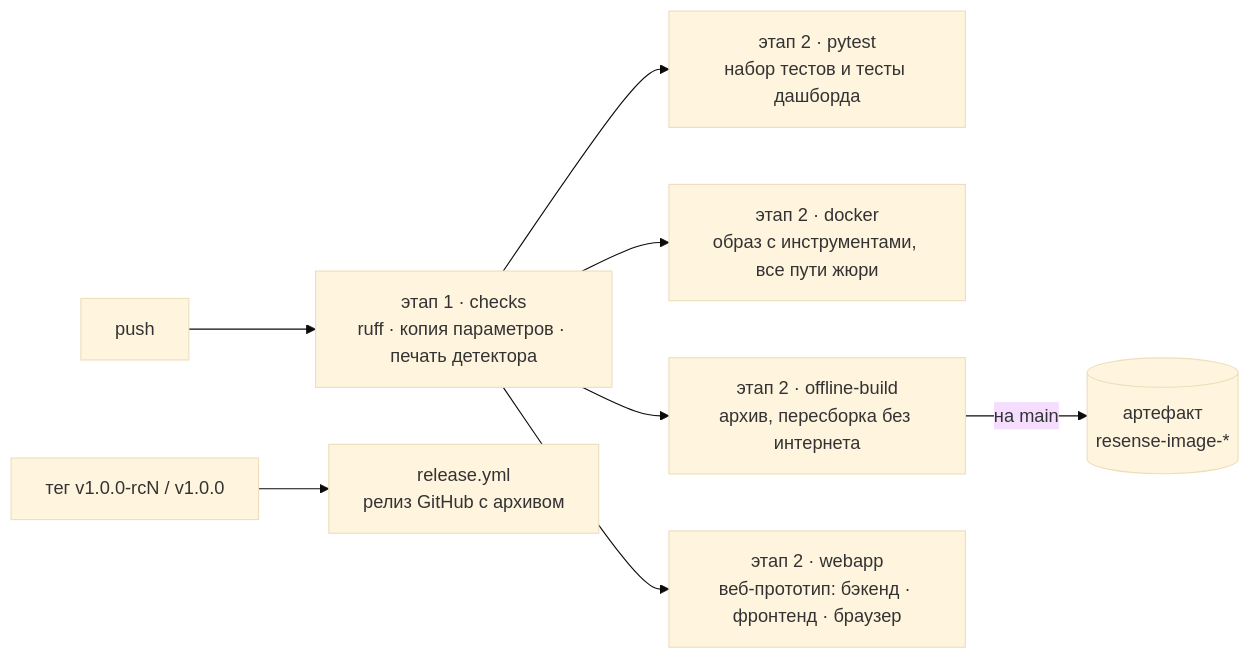
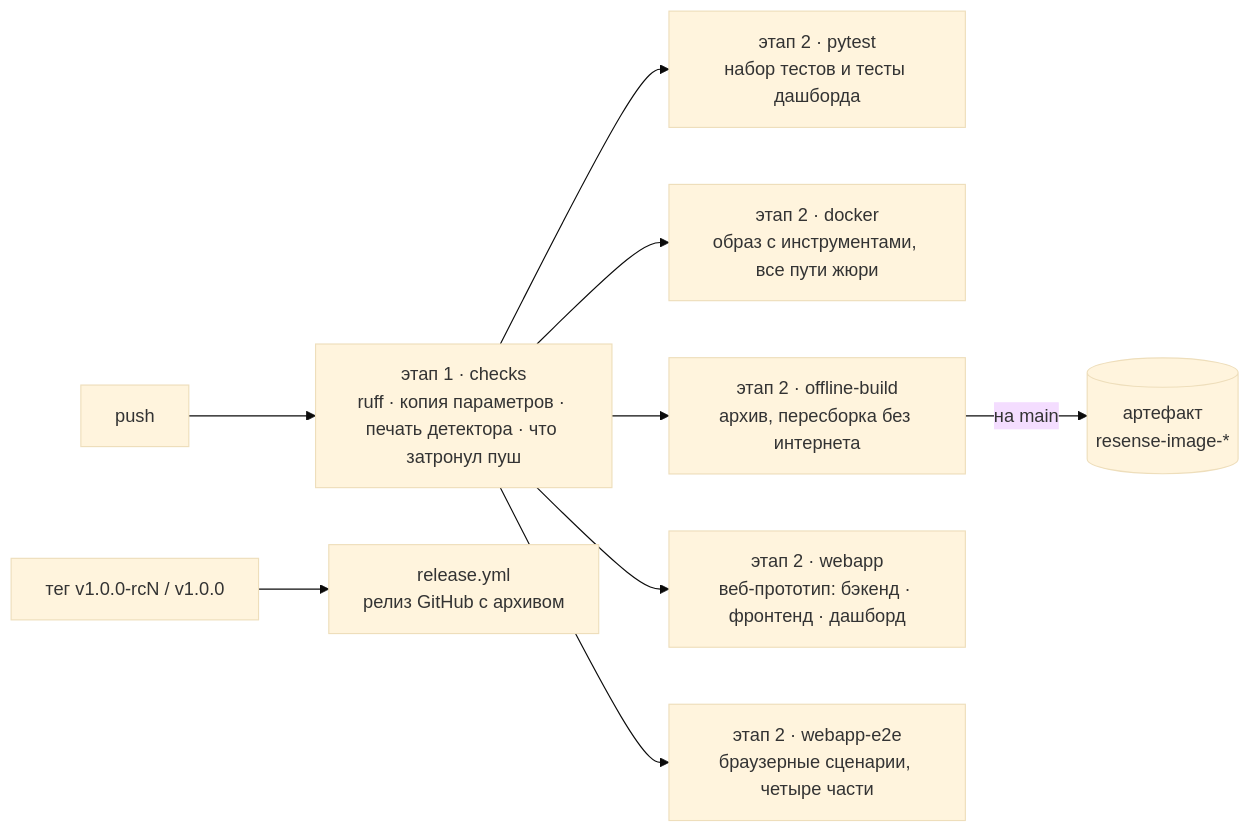
One commit to pmixay/ReSense changed the diagram in gitbook/development/setup-and-ci.md. Above: the diagram before and after it, drawn with Mermaid (base theme). The commit also changed other lines of this file and 225 other files, not shown here.

````diff
--- a/gitbook/development/setup-and-ci.md
+++ b/gitbook/development/setup-and-ci.md
@@ -74,10 +77,11 @@
 ```mermaid
 flowchart LR
-    PUSH["push"] --> CHK["этап 1 · checks<br/>ruff · копия параметров · печать детектора"]
+    PUSH["push"] --> CHK["этап 1 · checks<br/>ruff · копия параметров · печать детектора · что затронул пуш"]
     CHK --> PT["этап 2 · pytest<br/>набор тестов и тесты дашборда"]
     CHK --> DK["этап 2 · docker<br/>образ с инструментами, все пути жюри"]
     CHK --> OB["этап 2 · offline-build<br/>архив, пересборка без интернета"]
-    CHK --> WA["этап 2 · webapp<br/>веб-прототип: бэкенд · фронтенд · браузер"]
+    CHK --> WA["этап 2 · webapp<br/>веб-прототип: бэкенд · фронтенд · дашборд"]
+    CHK --> WE["этап 2 · webapp-e2e<br/>браузерные сценарии, четыре части"]
     OB -- "на main" --> ART[("артефакт<br/>resense-image-*")]
     TAG["тег v1.0.0-rcN / v1.0.0"] --> REL["release.yml<br/>релиз GitHub с архивом"]
 ```
````
